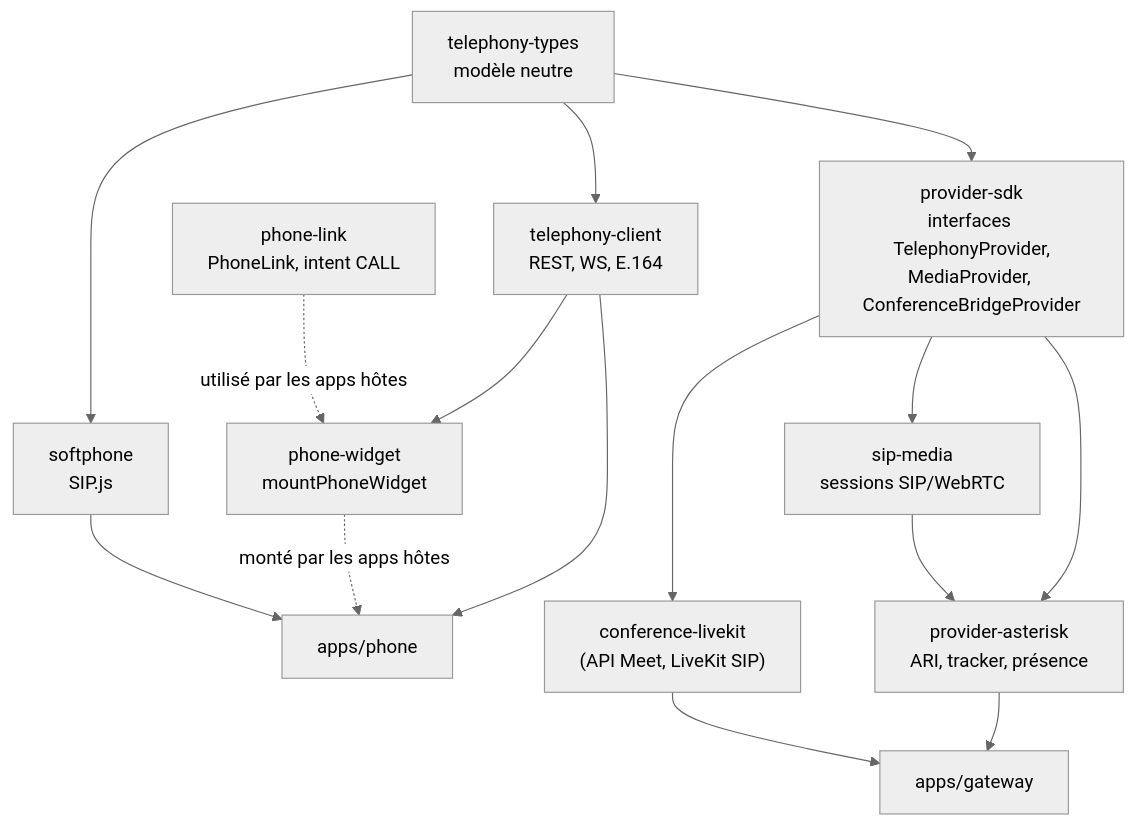
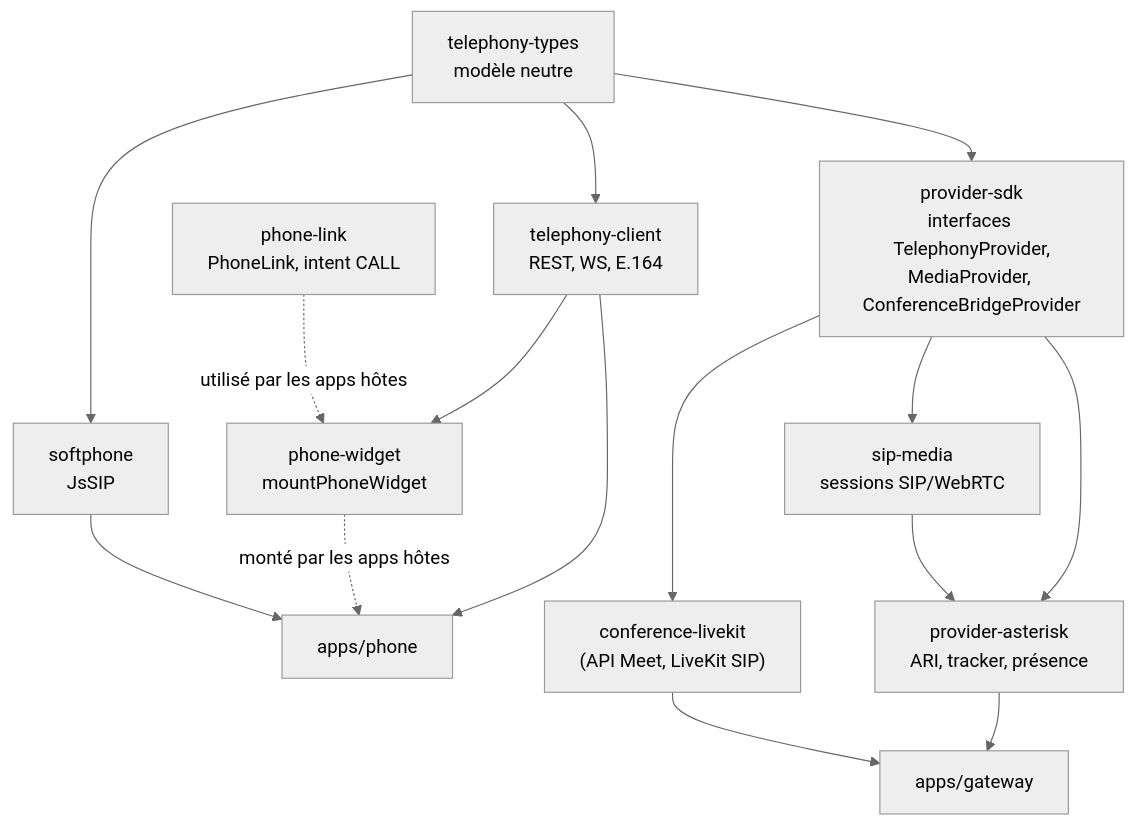
The second of 6 diagrams in docs/ARCHITECTURE.md (linagora/twake-phone), drawn with Mermaid (neutral theme) before and after one commit. The commit also changed other lines of this file and 22 other files, not shown here.

````diff
--- a/docs/ARCHITECTURE.md
+++ b/docs/ARCHITECTURE.md
@@ -76,28 +76,28 @@
 ```mermaid
 flowchart TB
   types["telephony-types<br/>modèle neutre"]
   sdk["provider-sdk<br/>interfaces TelephonyProvider,<br/>MediaProvider, ConferenceBridgeProvider"]
   media["sip-media<br/>sessions SIP/WebRTC"]
   ast["provider-asterisk<br/>ARI, tracker, présence"]
   lk["conference-livekit<br/>(API Meet, LiveKit SIP)"]
   plink["phone-link<br/>PhoneLink, intent CALL"]
   client["telephony-client<br/>REST, WS, E.164"]
-  soft["softphone<br/>SIP.js"]
+  soft["softphone<br/>JsSIP"]
   widgetlib["phone-widget<br/>mountPhoneWidget"]
   gw["apps/gateway"]
   app["apps/phone"]
 
   types --> sdk --> ast
   media --> ast
   sdk --> media
   sdk --> lk
   ast --> gw
   lk --> gw
   types --> client
   types --> soft
   client --> app
   soft --> app
   widgetlib -. "monté par les apps hôtes" .-> app
   plink -. "utilisé par les apps hôtes" .-> widgetlib
   client --> widgetlib
 ```
````
